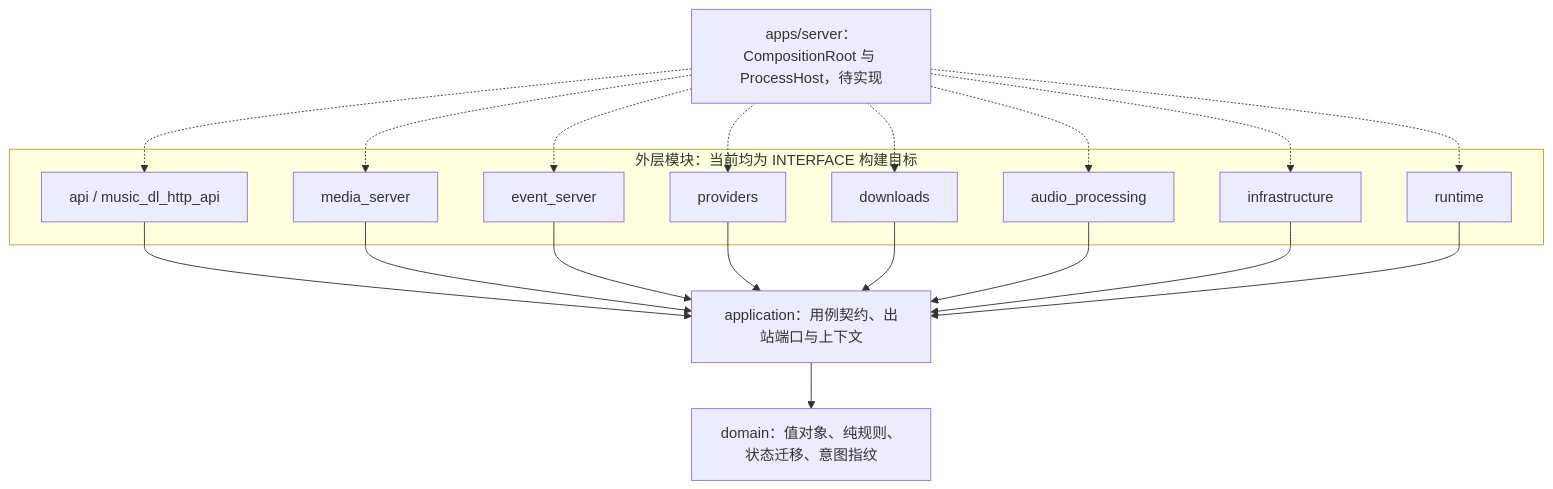
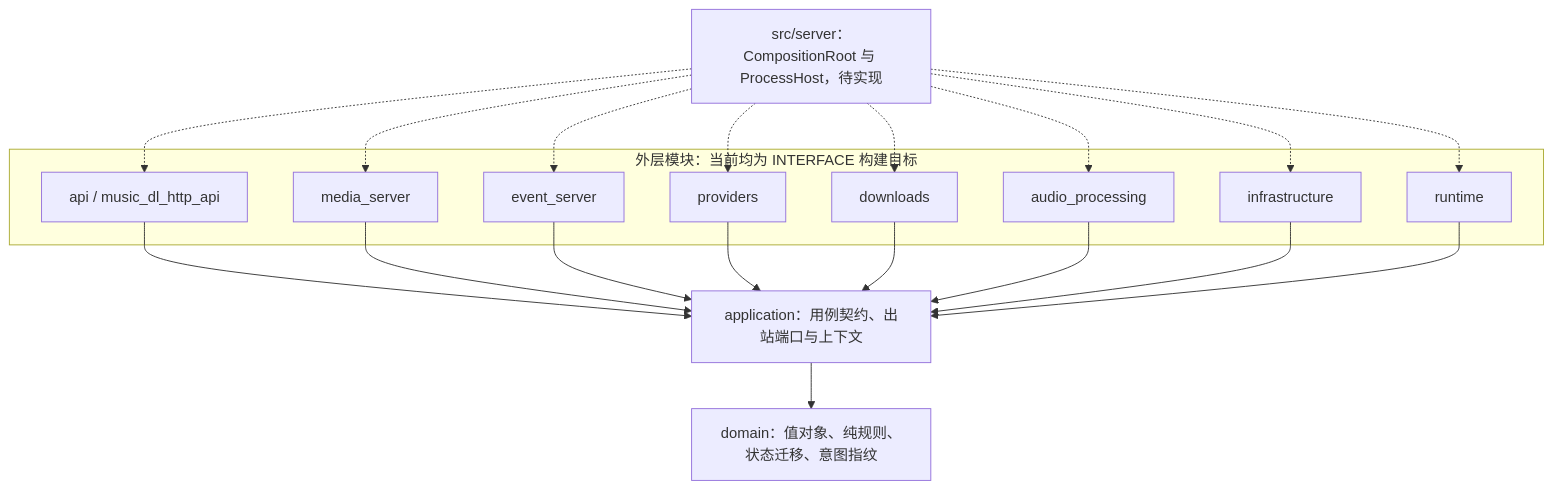
The first of 6 diagrams in docs/design/cpp20-refactor/architecture-details.md (ddmoyu/music-service), drawn with Mermaid before and after one commit. The commit also changed other lines of this file and 164 other files, not shown here.

````diff
--- a/docs/design/cpp20-refactor/architecture-details.md
+++ b/docs/design/cpp20-refactor/architecture-details.md
@@ -22,33 +22,33 @@
 ```mermaid
 flowchart TB
-    composition["apps/server：CompositionRoot 与 ProcessHost，待实现"]
+    composition["src/server：CompositionRoot 与 ProcessHost，待实现"]
     subgraph adaptersLayer["外层模块：当前均为 INTERFACE 构建目标"]
         api["api / music_dl_http_api"]
         media["media_server"]
         events["event_server"]
         providers["providers"]
         downloads["downloads"]
         audio["audio_processing"]
         infrastructure["infrastructure"]
         runtime["runtime"]
     end
     application["application：用例契约、出站端口与上下文"]
     domain["domain：值对象、纯规则、状态迁移、意图指纹"]
     composition -.-> api
     composition -.-> media
     composition -.-> events
     composition -.-> providers
     composition -.-> downloads
     composition -.-> audio
     composition -.-> infrastructure
     composition -.-> runtime
     api --> application
     media --> application
     events --> application
     providers --> application
     downloads --> application
     audio --> application
     infrastructure --> application
     runtime --> application
     application --> domain
 ```
````
